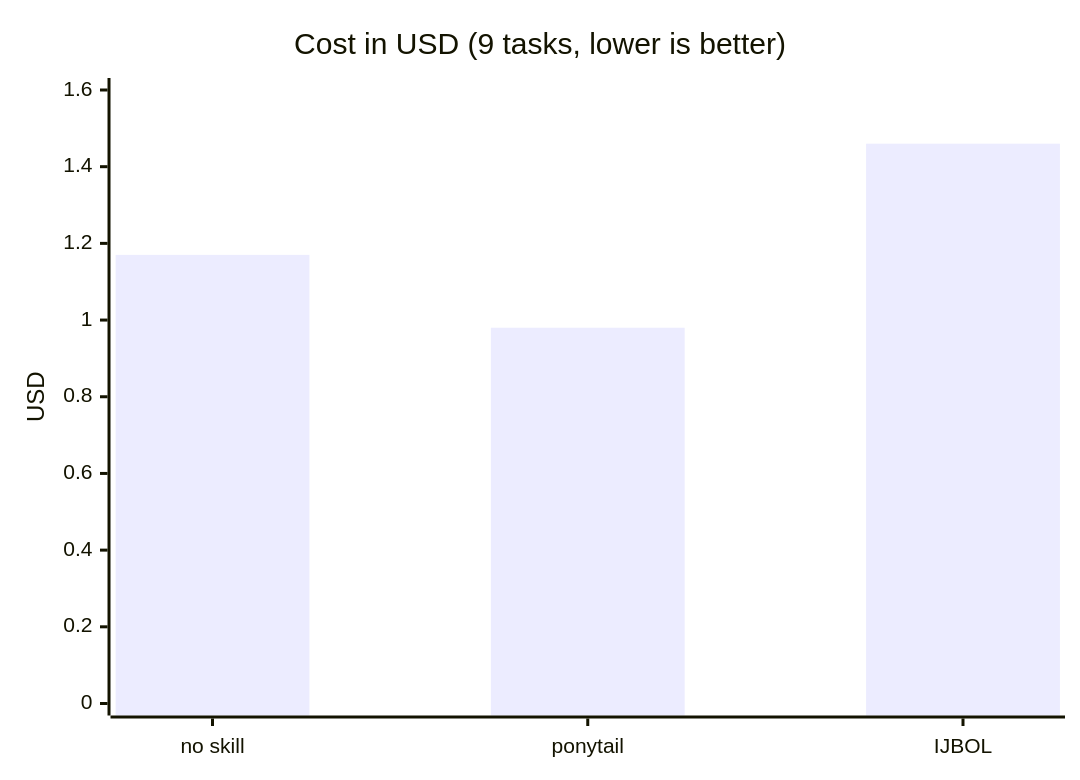
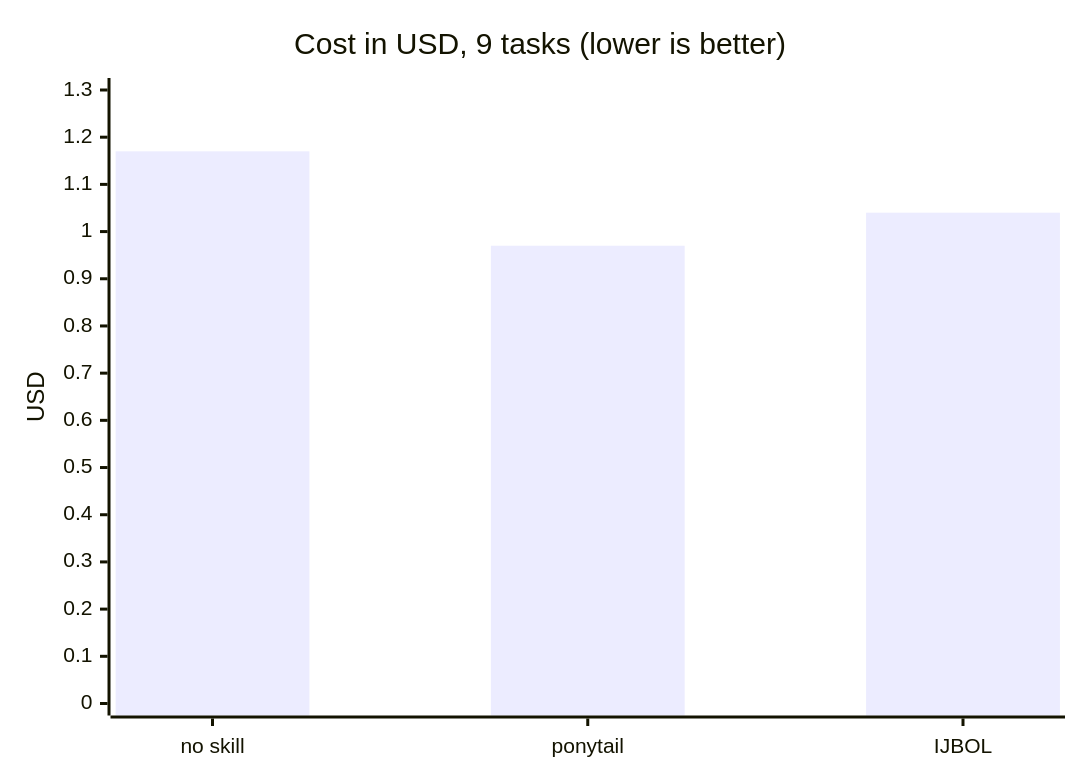
The fourth of 4 diagrams in README.md (froilansam/ijbol), drawn with Mermaid before and after one commit. The commit also changed other lines of this file and 7 other files, not shown here.

````diff
--- a/README.md
+++ b/README.md
@@ -114,7 +119,7 @@
 ```mermaid
 xychart-beta
-    title "Cost in USD (9 tasks, lower is better)"
+    title "Cost in USD, 9 tasks (lower is better)"
     x-axis ["no skill", "ponytail", "IJBOL"]
-    y-axis "USD" 0 --> 1.6
-    bar [1.17, 0.98, 1.46]
+    y-axis "USD" 0 --> 1.3
+    bar [1.17, 0.97, 1.04]
 ```
````
